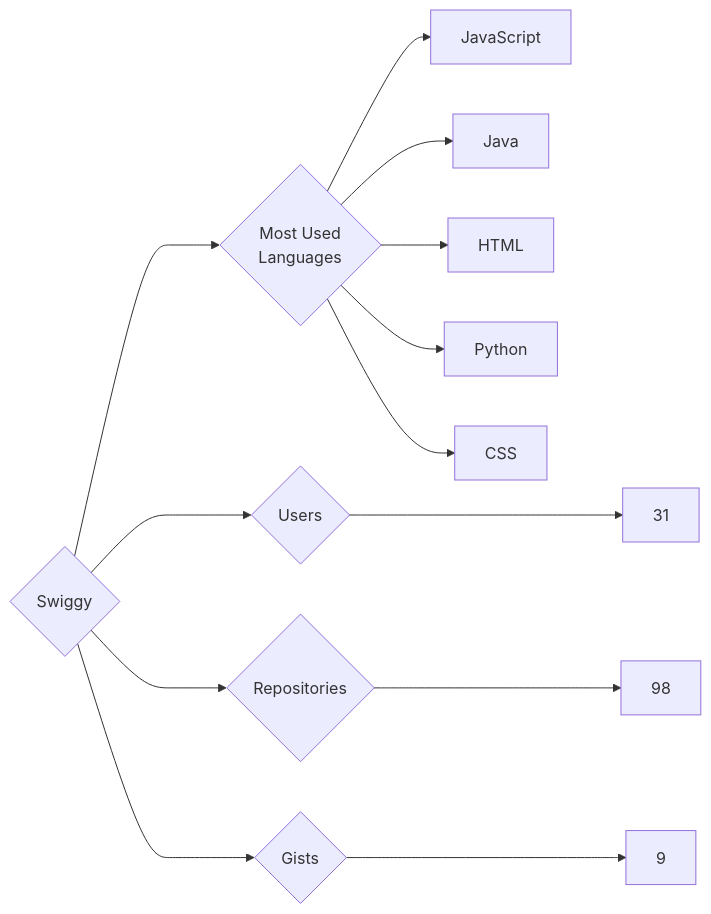
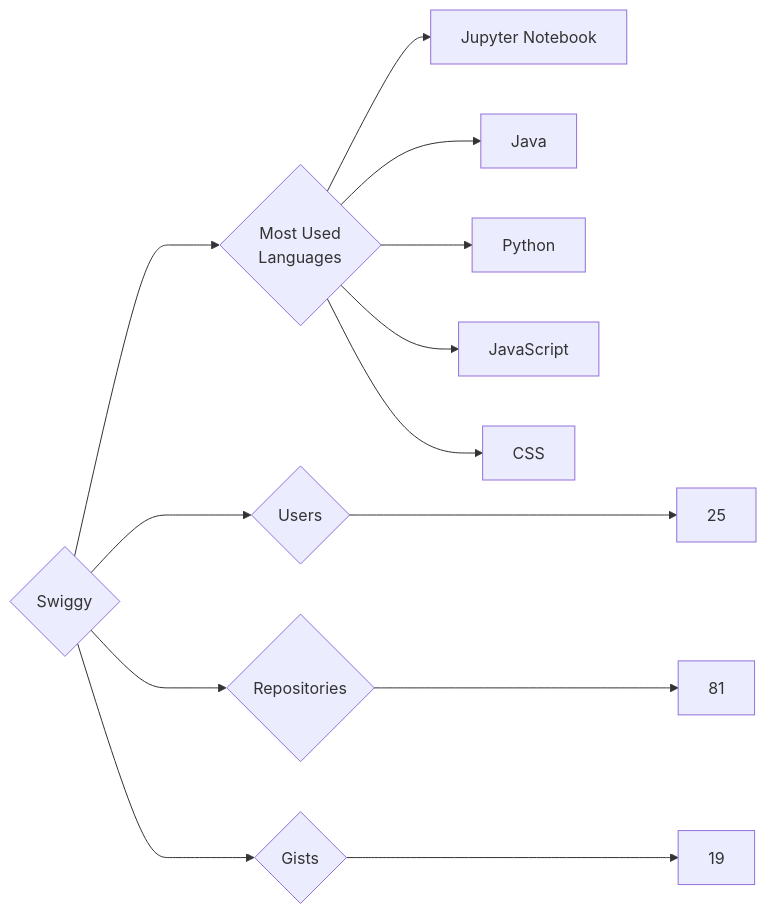
One commit to trickest/insiders changed the diagram in targets/Swiggy/README.md. Above: the diagram before and after it, drawn with Mermaid. The commit also changed 878 other files, not shown here.

````diff
--- a/targets/Swiggy/README.md
+++ b/targets/Swiggy/README.md
@@ -3,13 +3,13 @@
 ```mermaid
 graph LR
 COMPANY_NAME{Swiggy}
-COMPANY_NAME ---> U{Users} ---> UN[31]
-COMPANY_NAME ---> R{Repositories} ---> RN[98]
-COMPANY_NAME ---> G{Gists} ---> GN[9]
+COMPANY_NAME ---> U{Users} ---> UN[25]
+COMPANY_NAME ---> R{Repositories} ---> RN[81]
+COMPANY_NAME ---> G{Gists} ---> GN[19]
 COMPANY_NAME ---> ML{Most Used<br>Languages}
+ML --> Jupyter_Notebook[Jupyter Notebook]
+ML --> Java[Java]
+ML --> Python[Python]
 ML --> JavaScript[JavaScript]
-ML --> Java[Java]
-ML --> HTML[HTML]
-ML --> Python[Python]
 ML --> CSS[CSS]
 ```
````
